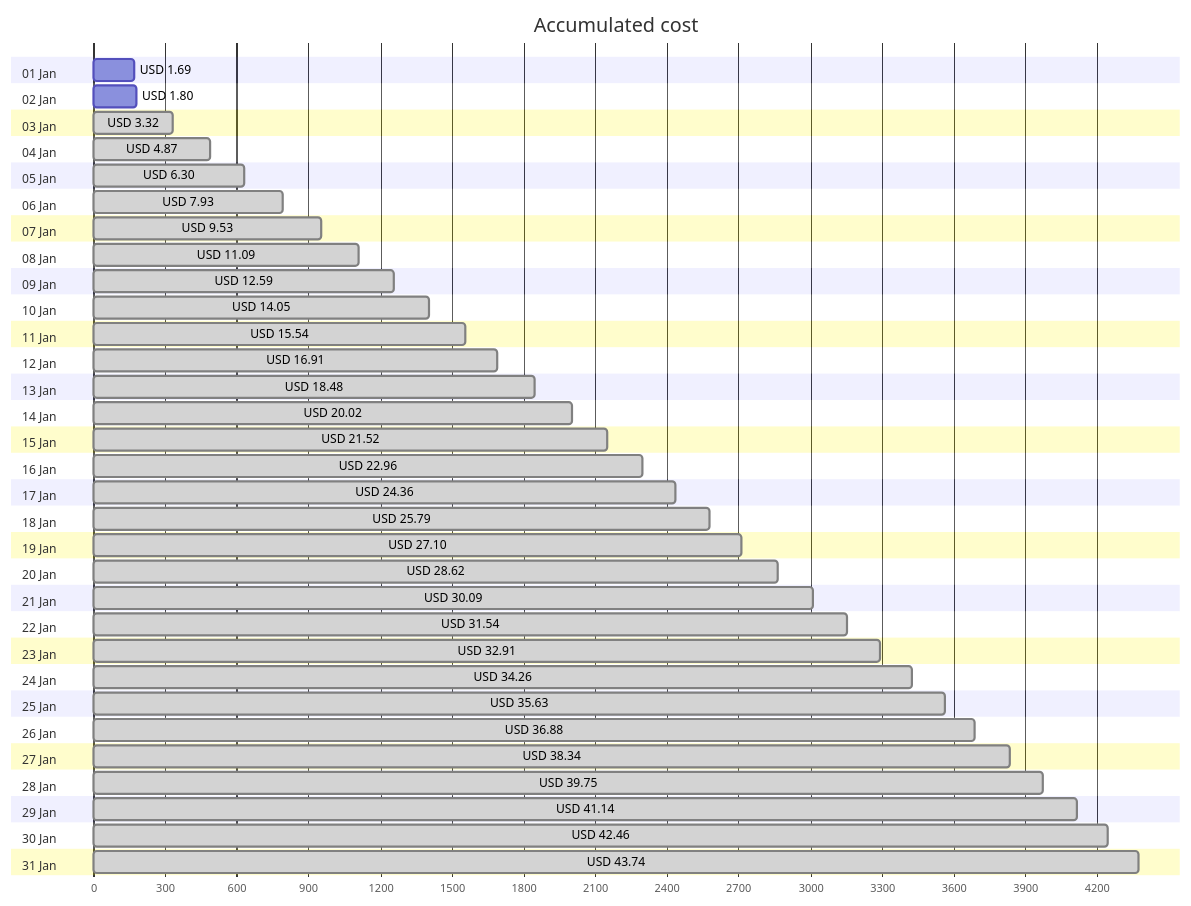
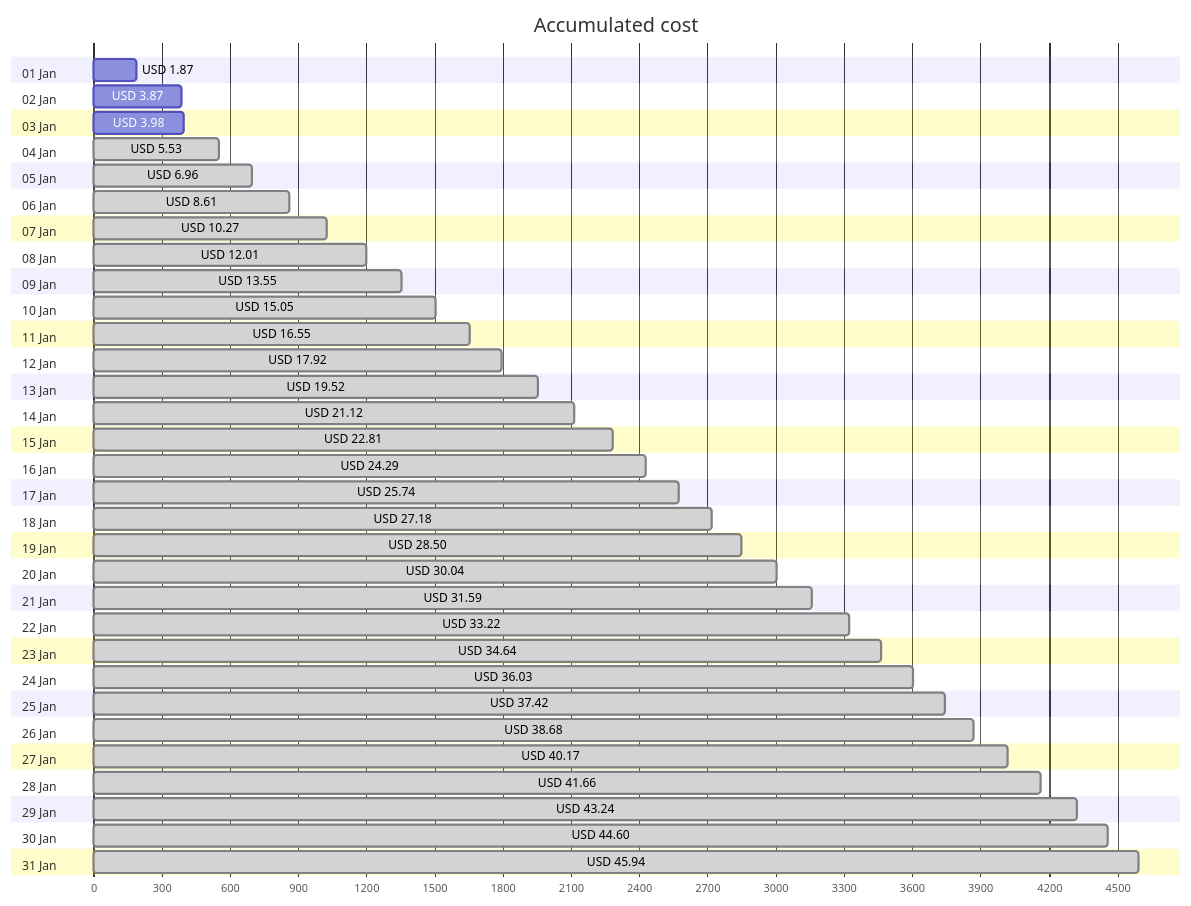
One commit to jpfulton/azure-personal-reports changed the first of 4 diagrams in cost-reports/personal-network/README.md. Above: the diagram before and after it, drawn with Mermaid. The commit also changed other lines of this file and 8 other files, not shown here.

````diff
--- a/cost-reports/personal-network/README.md
+++ b/cost-reports/personal-network/README.md
@@ -20,68 +20,68 @@
 ```mermaid
 gantt
    title Accumulated cost
    dateFormat  X
    axisFormat %s
    section 01 Jan
-   USD 1.69 :0, 169
+   USD 1.87 :0, 187
    section 02 Jan
-   USD 1.80 :0, 180
+   USD 3.87 :0, 387
    section 03 Jan
-   USD 3.32 : done, 0, 332
+   USD 3.98 :0, 398
    section 04 Jan
-   USD 4.87 : done, 0, 487
+   USD 5.53 : done, 0, 553
    section 05 Jan
-   USD 6.30 : done, 0, 630
+   USD 6.96 : done, 0, 696
    section 06 Jan
-   USD 7.93 : done, 0, 793
+   USD 8.61 : done, 0, 861
    section 07 Jan
-   USD 9.53 : done, 0, 953
+   USD 10.27 : done, 0, 1027
    section 08 Jan
-   USD 11.09 : done, 0, 1109
+   USD 12.01 : done, 0, 1201
    section 09 Jan
-   USD 12.59 : done, 0, 1259
+   USD 13.55 : done, 0, 1355
    section 10 Jan
-   USD 14.05 : done, 0, 1405
+   USD 15.05 : done, 0, 1505
    section 11 Jan
-   USD 15.54 : done, 0, 1554
+   USD 16.55 : done, 0, 1655
    section 12 Jan
-   USD 16.91 : done, 0, 1691
+   USD 17.92 : done, 0, 1792
    section 13 Jan
-   USD 18.48 : done, 0, 1848
+   USD 19.52 : done, 0, 1952
    section 14 Jan
-   USD 20.02 : done, 0, 2002
+   USD 21.12 : done, 0, 2112
    section 15 Jan
-   USD 21.52 : done, 0, 2152
+   USD 22.81 : done, 0, 2281
    section 16 Jan
-   USD 22.96 : done, 0, 2296
+   USD 24.29 : done, 0, 2429
    section 17 Jan
-   USD 24.36 : done, 0, 2436
+   USD 25.74 : done, 0, 2574
    section 18 Jan
-   USD 25.79 : done, 0, 2579
+   USD 27.18 : done, 0, 2718
    section 19 Jan
-   USD 27.10 : done, 0, 2710
+   USD 28.50 : done, 0, 2850
    section 20 Jan
-   USD 28.62 : done, 0, 2862
+   USD 30.04 : done, 0, 3004
    section 21 Jan
-   USD 30.09 : done, 0, 3009
+   USD 31.59 : done, 0, 3159
    section 22 Jan
-   USD 31.54 : done, 0, 3154
+   USD 33.22 : done, 0, 3322
    section 23 Jan
-   USD 32.91 : done, 0, 3291
+   USD 34.64 : done, 0, 3464
    section 24 Jan
-   USD 34.26 : done, 0, 3426
+   USD 36.03 : done, 0, 3603
    section 25 Jan
-   USD 35.63 : done, 0, 3563
+   USD 37.42 : done, 0, 3742
    section 26 Jan
-   USD 36.88 : done, 0, 3688
+   USD 38.68 : done, 0, 3868
    section 27 Jan
-   USD 38.34 : done, 0, 3834
+   USD 40.17 : done, 0, 4017
    section 28 Jan
-   USD 39.75 : done, 0, 3975
+   USD 41.66 : done, 0, 4166
    section 29 Jan
-   USD 41.14 : done, 0, 4114
+   USD 43.24 : done, 0, 4324
    section 30 Jan
-   USD 42.46 : done, 0, 4246
+   USD 44.60 : done, 0, 4460
    section 31 Jan
-   USD 43.74 : done, 0, 4374
+   USD 45.94 : done, 0, 4594
 ```
````
